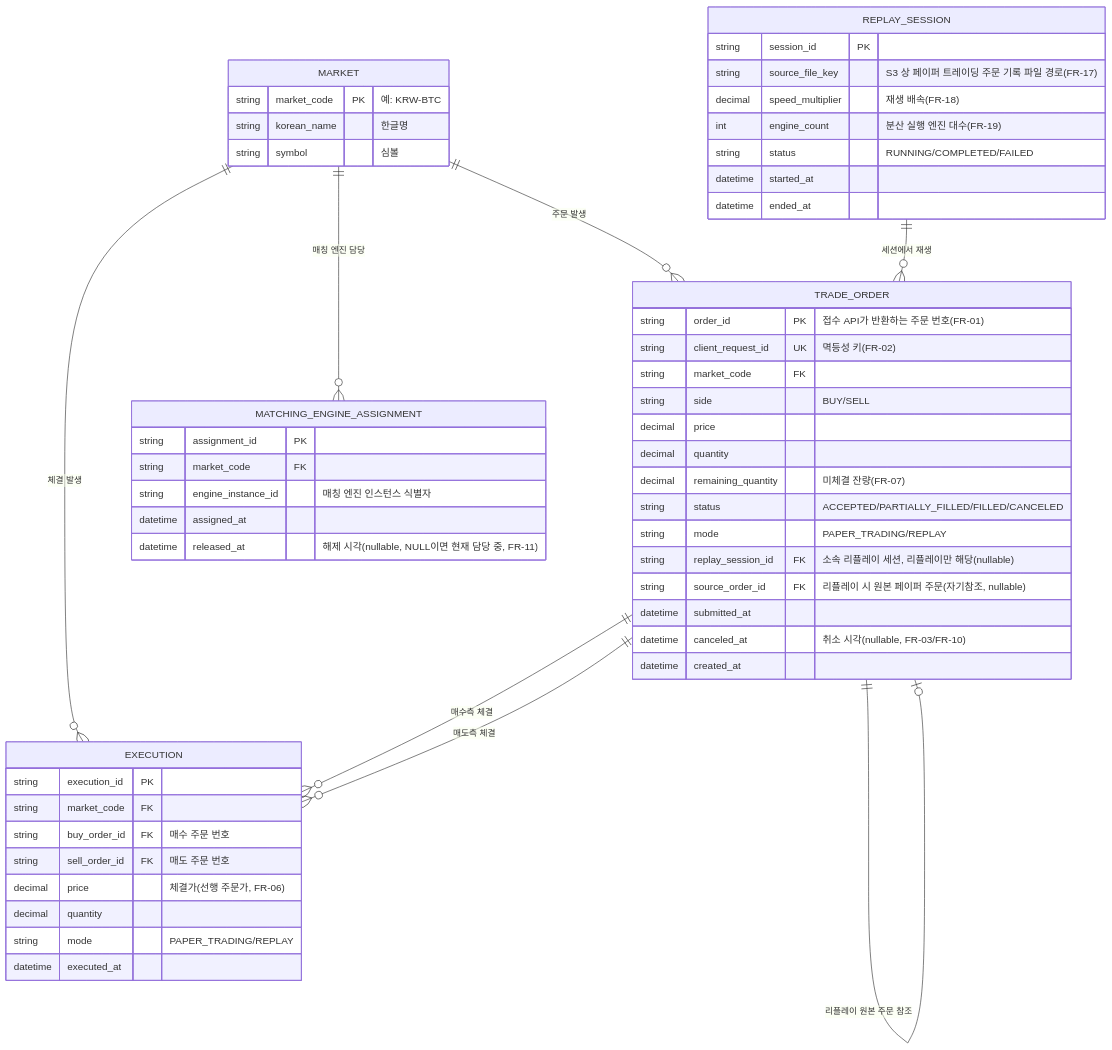
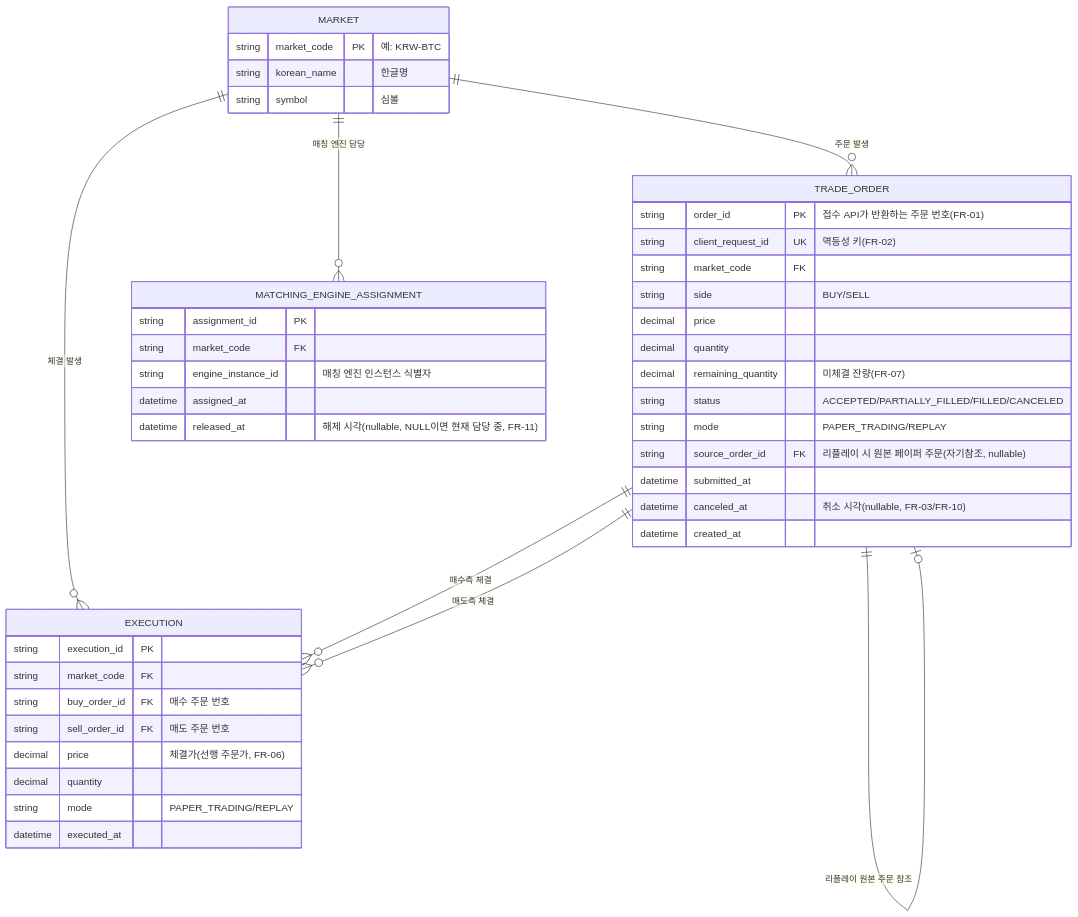
One commit to KimDJ7105/Project-final-1team changed the diagram in docs/erd.md. Above: the diagram before and after it, drawn with Mermaid. The commit also changed other lines of this file and 2 other files, not shown here.

Commit message:
docs: 클로드 문서 수정 및 ERD 문서 수정

````diff
--- a/docs/erd.md
+++ b/docs/erd.md
@@ -31,64 +32,51 @@
 ```mermaid
 erDiagram
     MARKET ||--o{ TRADE_ORDER : "주문 발생"
     MARKET ||--o{ EXECUTION : "체결 발생"
     MARKET ||--o{ MATCHING_ENGINE_ASSIGNMENT : "매칭 엔진 담당"
-
-    REPLAY_SESSION ||--o{ TRADE_ORDER : "세션에서 재생"
 
     TRADE_ORDER ||--o{ EXECUTION : "매수측 체결"
     TRADE_ORDER ||--o{ EXECUTION : "매도측 체결"
     TRADE_ORDER ||--o| TRADE_ORDER : "리플레이 원본 주문 참조"
 
     MARKET {
         string market_code PK "예: KRW-BTC"
         string korean_name "한글명"
         string symbol "심볼"
     }
 
     TRADE_ORDER {
         string order_id PK "접수 API가 반환하는 주문 번호(FR-01)"
         string client_request_id UK "멱등성 키(FR-02)"
         string market_code FK
         string side "BUY/SELL"
         decimal price
         decimal quantity
         decimal remaining_quantity "미체결 잔량(FR-07)"
         string status "ACCEPTED/PARTIALLY_FILLED/FILLED/CANCELED"
         string mode "PAPER_TRADING/REPLAY"
-        string replay_session_id FK "소속 리플레이 세션, 리플레이만 해당(nullable)"
         string source_order_id FK "리플레이 시 원본 페이퍼 주문(자기참조, nullable)"
         datetime submitted_at
         datetime canceled_at "취소 시각(nullable, FR-03/FR-10)"
         datetime created_at
     }
 
     EXECUTION {
         string execution_id PK
         string market_code FK
         string buy_order_id FK "매수 주문 번호"
         string sell_order_id FK "매도 주문 번호"
         decimal price "체결가(선행 주문가, FR-06)"
         decimal quantity
         string mode "PAPER_TRADING/REPLAY"
         datetime executed_at
     }
 
-    REPLAY_SESSION {
-        string session_id PK
-        string source_file_key "S3 상 페이퍼 트레이딩 주문 기록 파일 경로(FR-17)"
-        decimal speed_multiplier "재생 배속(FR-18)"
-        int engine_count "분산 실행 엔진 대수(FR-19)"
-        string status "RUNNING/COMPLETED/FAILED"
-        datetime started_at
-        datetime ended_at
-    }
-
     MATCHING_ENGINE_ASSIGNMENT {
         string assignment_id PK
         string market_code FK
         string engine_instance_id "매칭 엔진 인스턴스 식별자"
         datetime assigned_at
         datetime released_at "해제 시각(nullable, NULL이면 현재 담당 중, FR-11)"
     }
 ```
````
